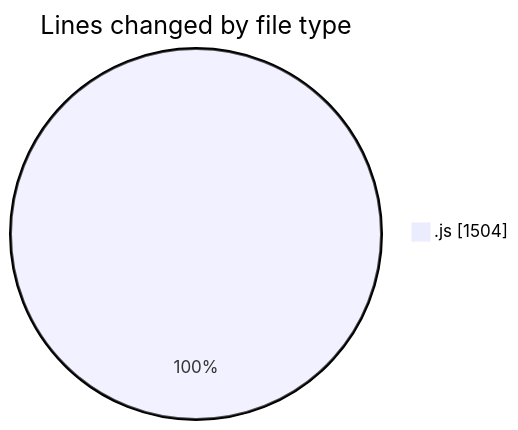
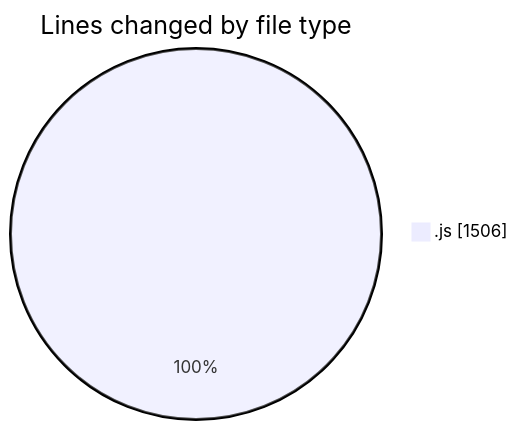
The first of 2 diagrams in 2025-08-01/javascript/README.md (Ritupan-Deka/code-tracking), drawn with Mermaid before and after one commit. The commit also changed other lines of this file and 1 other file, not shown here.

````diff
--- a/2025-08-01/javascript/README.md
+++ b/2025-08-01/javascript/README.md
@@ -20,5 +20,5 @@
 ```mermaid
 pie showData
 title Lines changed by file type
-".js" : 1504
+".js" : 1506
 ```
````
